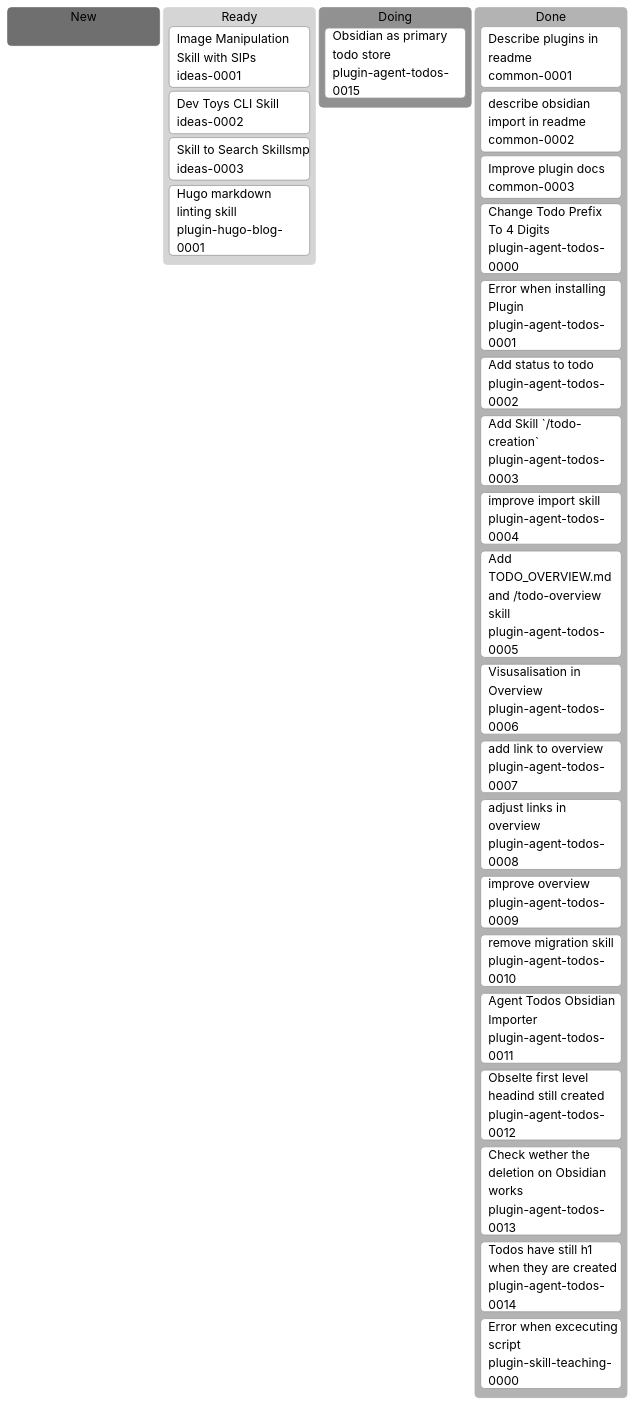
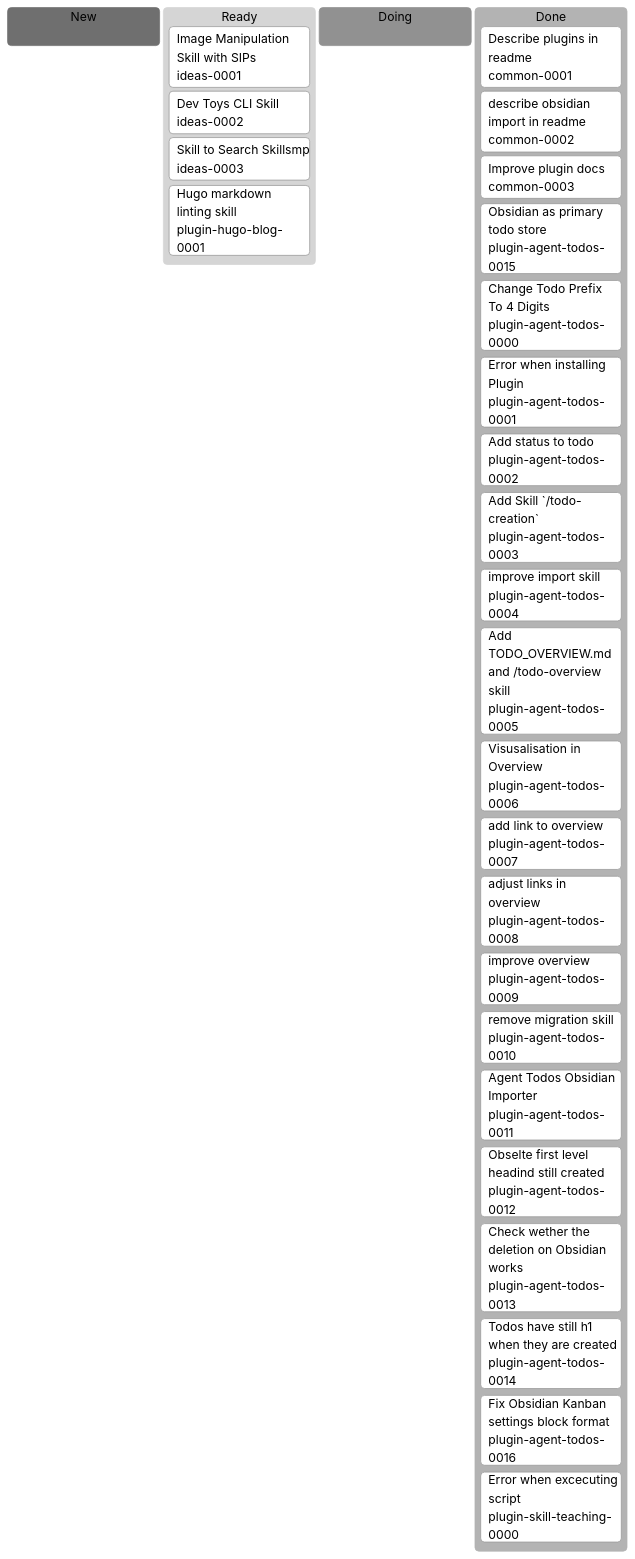
Before and after one commit to erich3000/ji-agent-skills: the diagram in docs/agent-todos/TODO_OVERVIEW.md, drawn with Mermaid. The commit also changed other lines of this file and 4 other files, not shown here.

First line of the commit message:
bump agent-todos to 0.4.1

````diff
--- a/docs/agent-todos/TODO_OVERVIEW.md
+++ b/docs/agent-todos/TODO_OVERVIEW.md
@@ -7,33 +7,35 @@
 ```mermaid
 %%{init: {"theme":"neutral"}}%%
 kanban
   new[New]
 
   ready[Ready]
     ideas-0001[Image Manipulation Skill with SIPs]@{ ticket: ideas-0001 }
     ideas-0002[Dev Toys CLI Skill]@{ ticket: ideas-0002 }
     ideas-0003[Skill to Search Skillsmp]@{ ticket: ideas-0003 }
     plugin-hugo-blog-0001[Hugo markdown linting skill]@{ ticket: plugin-hugo-blog-0001 }
   doing[Doing]
-    plugin-agent-todos-0015[Obsidian as primary todo store]@{ ticket: plugin-agent-todos-0015 }
+
   done[Done]
     common-0001[Describe plugins in readme]@{ ticket: common-0001 }
     common-0002[describe obsidian import in readme]@{ ticket: common-0002 }
     common-0003[Improve plugin docs]@{ ticket: common-0003 }
+    plugin-agent-todos-0015[Obsidian as primary todo store]@{ ticket: plugin-agent-todos-0015 }
     plugin-agent-todos-0000[Change Todo Prefix To 4 Digits]@{ ticket: plugin-agent-todos-0000 }
     plugin-agent-todos-0001[Error when installing Plugin]@{ ticket: plugin-agent-todos-0001 }
     plugin-agent-todos-0002[Add status to todo]@{ ticket: plugin-agent-todos-0002 }
     plugin-agent-todos-0003[Add Skill `/todo-creation`]@{ ticket: plugin-agent-todos-0003 }
     plugin-agent-todos-0004[improve import skill]@{ ticket: plugin-agent-todos-0004 }
     plugin-agent-todos-0005[Add TODO_OVERVIEW.md and /todo-overview skill]@{ ticket: plugin-agent-todos-0005 }
     plugin-agent-todos-0006[Visusalisation in Overview]@{ ticket: plugin-agent-todos-0006 }
     plugin-agent-todos-0007[add link to overview]@{ ticket: plugin-agent-todos-0007 }
     plugin-agent-todos-0008[adjust links in overview]@{ ticket: plugin-agent-todos-0008 }
     plugin-agent-todos-0009[improve overview]@{ ticket: plugin-agent-todos-0009 }
     plugin-agent-todos-0010[remove migration skill]@{ ticket: plugin-agent-todos-0010 }
     plugin-agent-todos-0011[Agent Todos Obsidian Importer]@{ ticket: plugin-agent-todos-0011 }
     plugin-agent-todos-0012[Obselte first level headind still created]@{ ticket: plugin-agent-todos-0012 }
     plugin-agent-todos-0013[Check wether the deletion on Obsidian works]@{ ticket: plugin-agent-todos-0013 }
     plugin-agent-todos-0014[Todos have still h1 when they are created]@{ ticket: plugin-agent-todos-0014 }
+    plugin-agent-todos-0016[Fix Obsidian Kanban settings block format]@{ ticket: plugin-agent-todos-0016 }
     plugin-skill-teaching-0000[Error when excecuting script]@{ ticket: plugin-skill-teaching-0000 }
 ```
````
